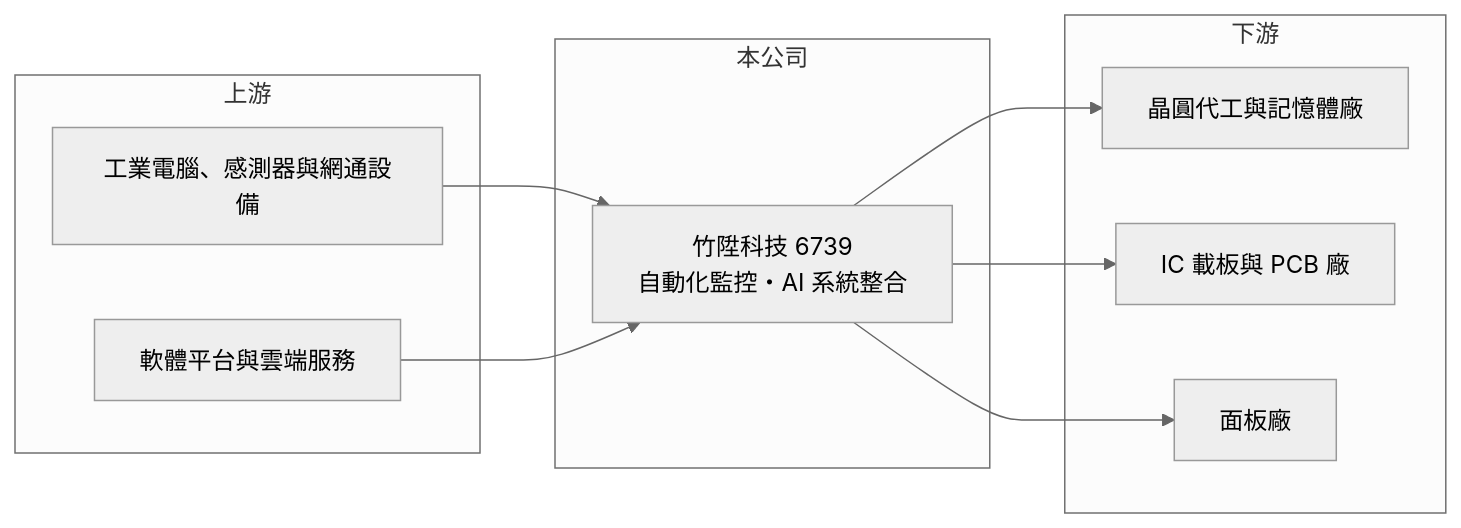
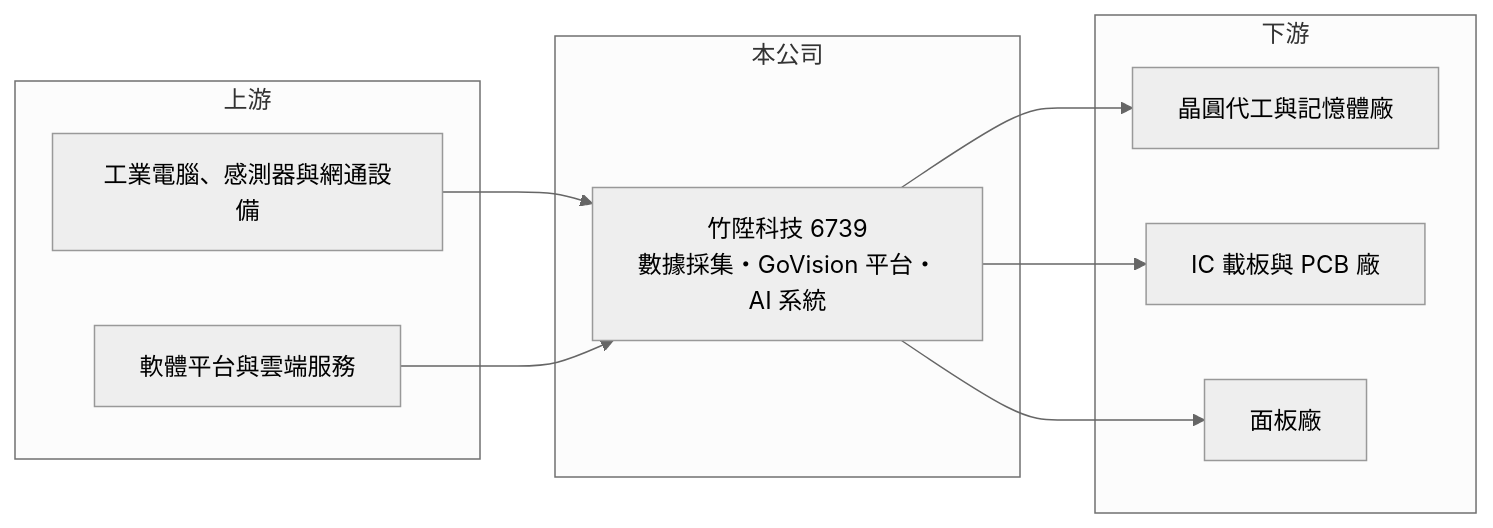
The second of 2 diagrams in 個股/台股/6739竹陞科技.md (wangnick1004/taiwan-stock-vault), drawn with Mermaid (neutral theme) before and after one commit. The commit also changed other lines of this file and 142 other files, not shown here.

````diff
--- a/個股/台股/6739竹陞科技.md
+++ b/個股/台股/6739竹陞科技.md
@@ -90,20 +107,20 @@
 ```mermaid
 flowchart LR
     subgraph 上游
         A1["工業電腦、感測器與網通設備"]
         A2["軟體平台與雲端服務"]
     end
     subgraph 本公司
-        B["竹陞科技 6739<br/>自動化監控・AI 系統整合"]
+        B["竹陞科技 6739<br/>數據採集・GoVision 平台・AI 系統"]
     end
     subgraph 下游
         C1["晶圓代工與記憶體廠"]
         C2["IC 載板與 PCB 廠"]
         C3["面板廠"]
     end
     A1 --> B
     A2 --> B
     B --> C1
     B --> C2
     B --> C3
 ```
````
